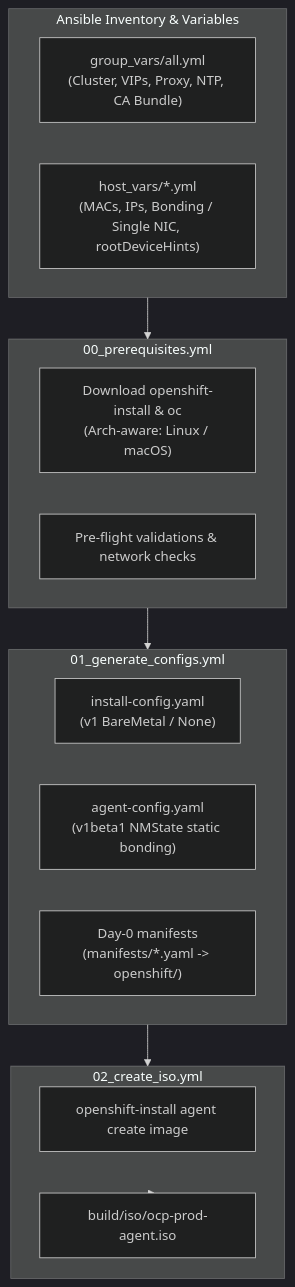
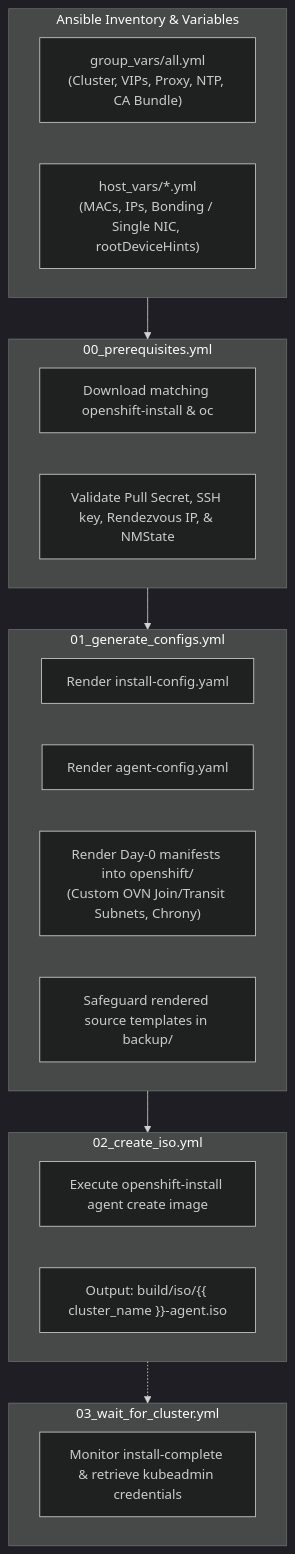
The diagram in README.md (srinivassrinu842/openshift-ABI-ansible), drawn with Mermaid (dark theme) before and after one commit. The commit also changed other lines of this file, not shown here.

````diff
--- a/README.md
+++ b/README.md
@@ -31,28 +31,30 @@
 ```mermaid
 flowchart TD
     subgraph Inputs ["Ansible Inventory & Variables"]
         G["group_vars/all.yml<br/>(Cluster, VIPs, Proxy, NTP, CA Bundle)"]
         H["host_vars/*.yml<br/>(MACs, IPs, Bonding / Single NIC, rootDeviceHints)"]
     end
 
     subgraph Phase0 ["00_prerequisites.yml"]
-        T["Download openshift-install & oc<br/>(Arch-aware: Linux / macOS)"]
-        V["Pre-flight validations & network checks"]
+        T["Download matching openshift-install & oc"]
+        V["Validate Pull Secret, SSH key, Rendezvous IP, & NMState"]
     end
 
     subgraph Phase1 ["01_generate_configs.yml"]
-        IC["install-config.yaml<br/>(v1 BareMetal / None)"]
-        AC["agent-config.yaml<br/>(v1beta1 NMState static bonding)"]
-        D0["Day-0 manifests<br/>(manifests/*.yaml -> openshift/)"]
+        IC["Render install-config.yaml"]
+        AC["Render agent-config.yaml"]
+        D0["Render Day-0 manifests into openshift/<br/>(Custom OVN Join/Transit Subnets, Chrony)"]
+        BK["Safeguard rendered source templates in backup/"]
     end
 
     subgraph Phase2 ["02_create_iso.yml"]
-        IMG["openshift-install agent create image"]
-        ISO["build/iso/ocp-prod-agent.iso"]
+        CMD["Execute openshift-install agent create image"]
+        ISO["Output: build/iso/{{ cluster_name }}-agent.iso"]
     end
 
-    Inputs --> Phase0
-    Phase0 --> Phase1
-    Phase1 --> Phase2
-    Phase2 --> ISO
+    subgraph Phase3 ["03_wait_for_cluster.yml"]
+        MON["Monitor install-complete & retrieve kubeadmin credentials"]
+    end
+
+    Inputs --> Phase0 --> Phase1 --> Phase2 -.-> Phase3
 ```
````
